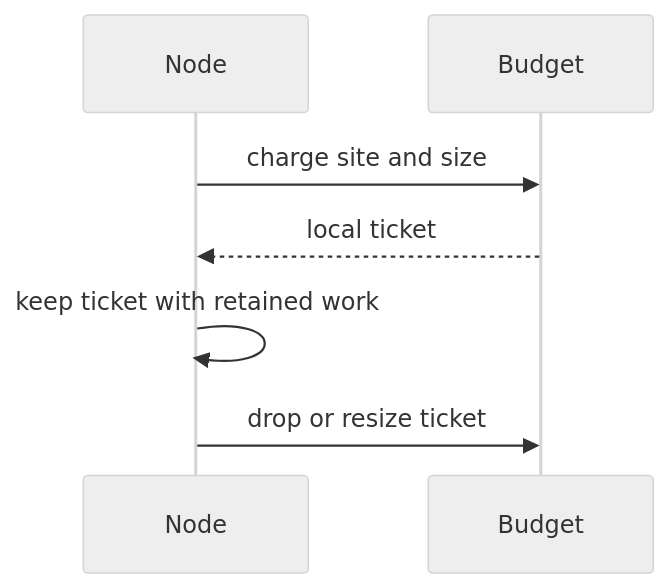
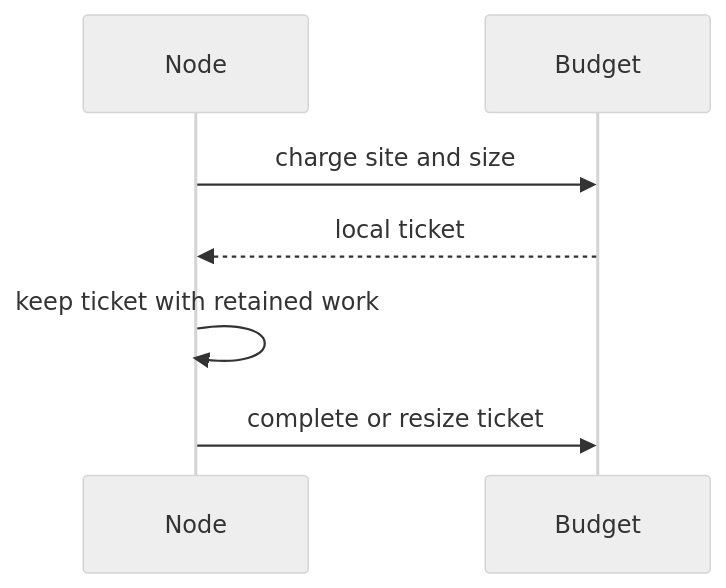
One commit to open-telemetry/otel-arrow changed the third of 4 diagrams in rust/otap-dataflow/docs/observe-only-retained-work-accounting.md. Above: the diagram before and after it, drawn with Mermaid (neutral theme). The commit also changed other lines of this file, not shown here.

````diff
--- a/rust/otap-dataflow/docs/observe-only-retained-work-accounting.md
+++ b/rust/otap-dataflow/docs/observe-only-retained-work-accounting.md
@@ -161,9 +161,9 @@
 ```mermaid
 sequenceDiagram
     participant Node
     participant Budget
     Node->>Budget: charge site and size
     Budget-->>Node: local ticket
     Node->>Node: keep ticket with retained work
-    Node->>Budget: drop or resize ticket
+    Node->>Budget: complete or resize ticket
 ```
````
